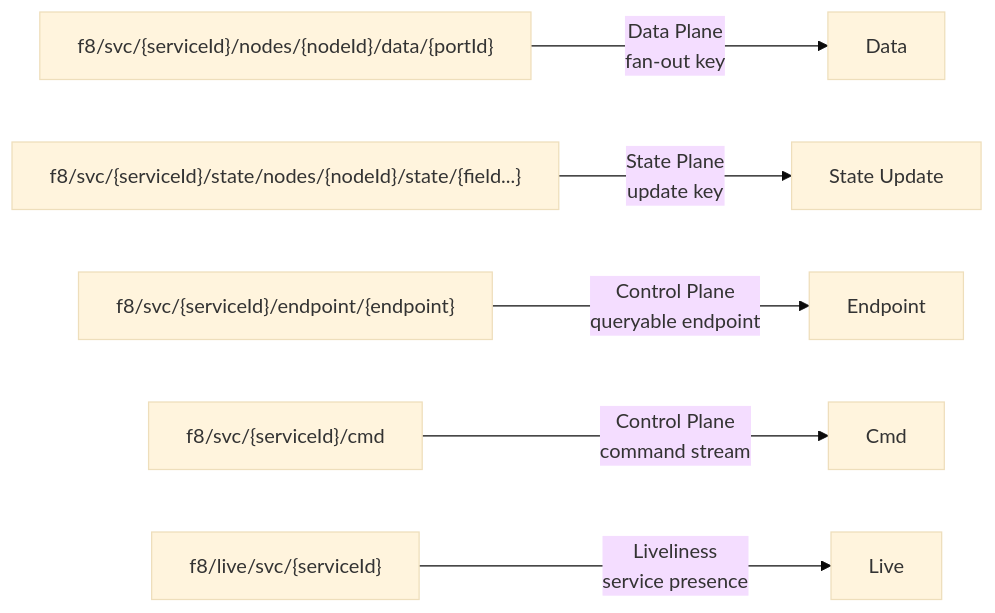
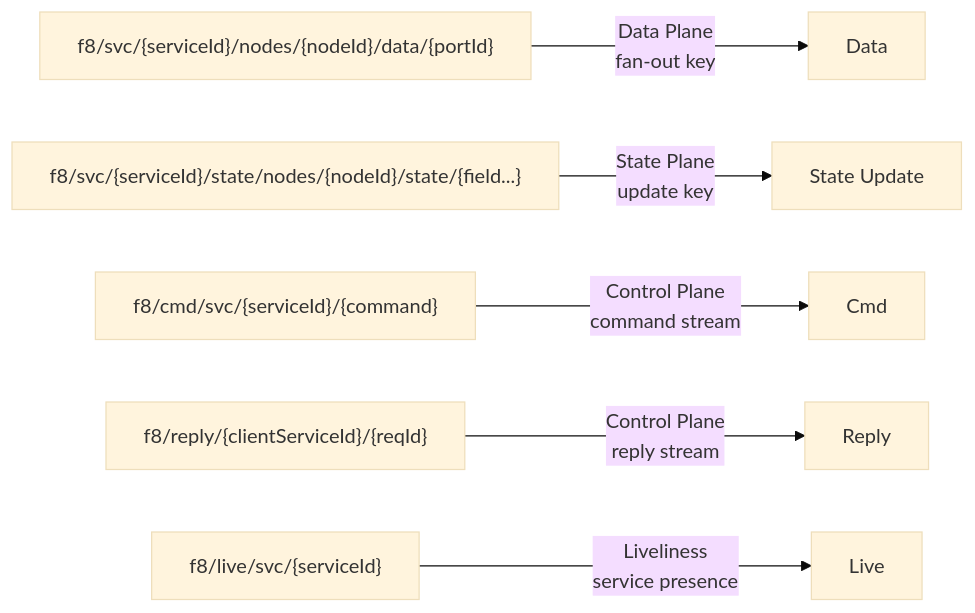
One commit to FrogThe2nd/f8studio changed the second of 7 diagrams in docs/deepdives/comm_bus.md. Above: the diagram before and after it, drawn with Mermaid (base theme). The commit also changed other lines of this file and 60 other files, not shown here.

````diff
--- a/docs/deepdives/comm_bus.md
+++ b/docs/deepdives/comm_bus.md
@@ -109,8 +110,8 @@
 ``` mermaid
 flowchart LR
   S1["f8/svc/{serviceId}/nodes/{nodeId}/data/{portId}"] -->|"Data Plane<br/>fan-out key"| D[Data]
   S2["f8/svc/{serviceId}/state/nodes/{nodeId}/state/{field...}"] -->|"State Plane<br/>update key"| S[State Update]
-  S3["f8/svc/{serviceId}/endpoint/{endpoint}"] -->|"Control Plane<br/>queryable endpoint"| E[Endpoint]
-  S4["f8/svc/{serviceId}/cmd"] -->|"Control Plane<br/>command stream"| C[Cmd]
+  S3["f8/cmd/svc/{serviceId}/{command}"] -->|"Control Plane<br/>command stream"| C[Cmd]
+  S4["f8/reply/{clientServiceId}/{reqId}"] -->|"Control Plane<br/>reply stream"| R[Reply]
   S5["f8/live/svc/{serviceId}"] -->|"Liveliness<br/>service presence"| L[Live]
 ```
````
